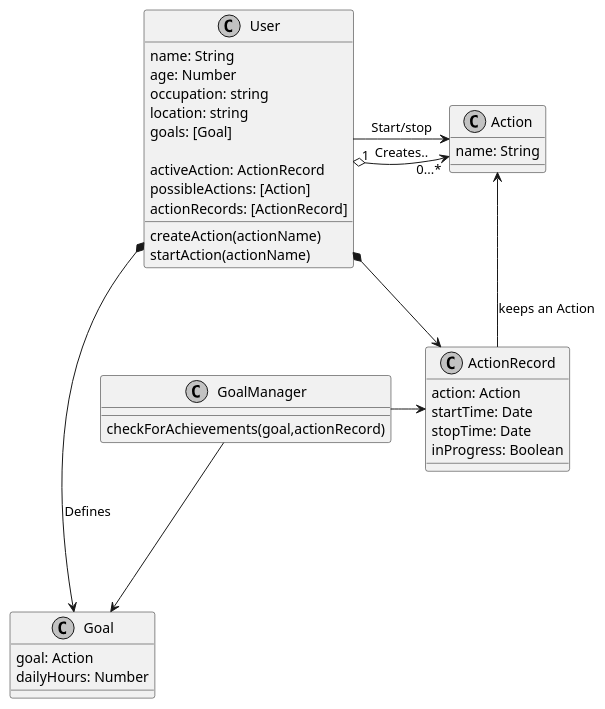
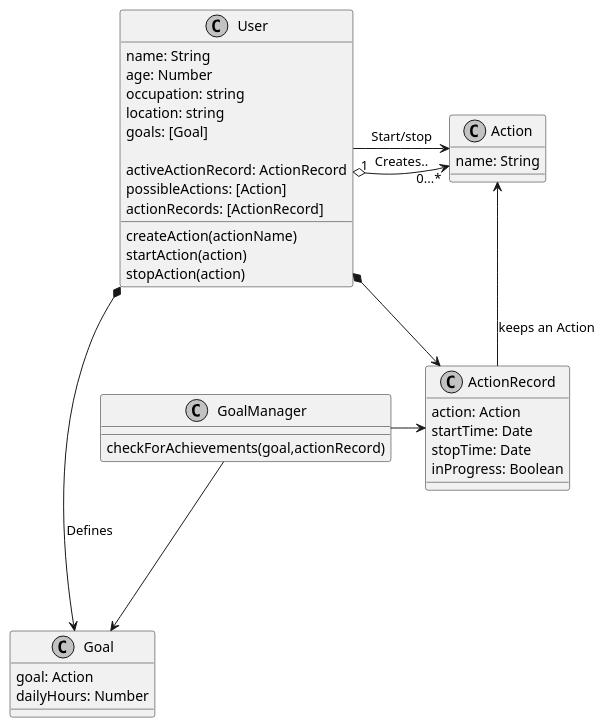
The diagram in architecture/class.puml (t-vo90/nocrastinate), drawn with PlantUML before and after one commit.

```diff
--- a/architecture/class.puml
+++ b/architecture/class.puml
@@ -1,53 +1,54 @@
 @startuml NoCrastinate
 
 skinparam Shadowing false
 skinparam Monochrome true
 ' skinparam PackageFontStyle Rectangle
 
 class User  {
     name: String
     age: Number
     occupation: string
     location: string
     goals: [Goal]
 
-    activeAction: ActionRecord
+    activeActionRecord: ActionRecord
     possibleActions: [Action]
     actionRecords: [ActionRecord]
 
     createAction(actionName)
-    startAction(actionName)
+    startAction(action)
+    stopAction(action)
 }
 
 class Action {
     name: String
 }
 
 class ActionRecord {
     action: Action
     startTime: Date
     stopTime: Date
     inProgress: Boolean
 }
 class Goal {
     goal: Action
     dailyHours: Number
 }
 
 class GoalManager{
     checkForAchievements(goal,actionRecord)
 }
 
 User "1" o-> "0...*" Action : Creates..
 User ---> Action: Start/stop
 User *-> ActionRecord
 
 Action <-- ActionRecord : keeps an Action
 
 
 User *----> Goal : Defines
 GoalManager -> ActionRecord
 GoalManager -> Goal
 
 
 @enduml
```
